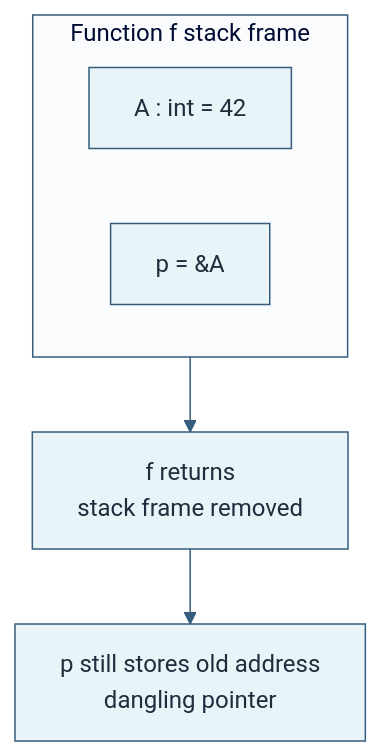
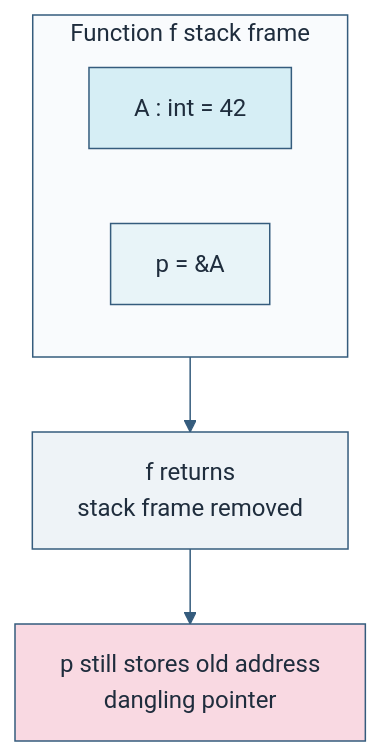
One commit to p0dyakov/inno_notes changed the third of 6 diagrams in semester-2/Software Systems Analysis and Design/5.qmd. Above: the diagram before and after it, drawn with Mermaid. The commit also changed 156 other files, not shown here.

````diff
--- a/semester-2/Software Systems Analysis and Design/5.qmd
+++ b/semester-2/Software Systems Analysis and Design/5.qmd
@@ -644,14 +644,19 @@
 ```{mermaid}
 %%{init: {'theme': 'base', 'themeVariables': { 'fontFamily': 'Helvetica', 'primaryColor': '#e8f4f8', 'primaryTextColor': '#1f2d3d', 'primaryBorderColor': '#355c7d', 'lineColor': '#355c7d', 'secondaryColor': '#d6eef5', 'tertiaryColor': '#fff3cd', 'background': '#ffffff', 'mainBkg': '#e8f4f8', 'secondBkg': '#d6eef5', 'tertiaryBkg': '#fff3cd', 'clusterBkg': '#f9fbfd', 'clusterBorder': '#355c7d', 'edgeLabelBackground': '#ffffff' }}}%%
 %%| fig-cap: "Dangling pointer: pointer survives after the stack object it points to has been destroyed"
 %%| fig-width: 6.2
 %%| fig-height: 3.2
 flowchart TB
     subgraph Frame["Function f stack frame"]
       A["A : int = 42"]
       P["p = &A"]
     end
     After["f returns<br/>stack frame removed"]
     Dangling["p still stores old address<br/>dangling pointer"]
     Frame --> After --> Dangling
+    style Frame fill:#f9fbfd,stroke:#355c7d,color:#1f2d3d
+    style A fill:#d6eef5,stroke:#355c7d,color:#1f2d3d
+    style P fill:#e8f4f8,stroke:#355c7d,color:#1f2d3d
+    style After fill:#eef3f7,stroke:#355c7d,color:#1f2d3d
+    style Dangling fill:#f9d9e2,stroke:#355c7d,color:#1f2d3d
 ```
````
